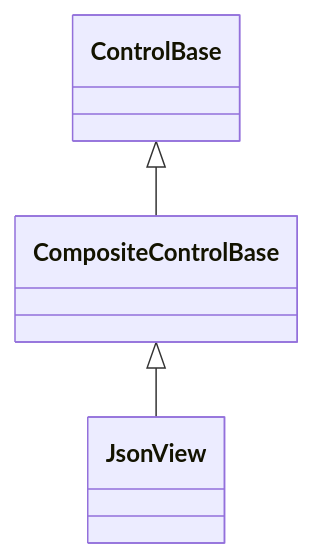
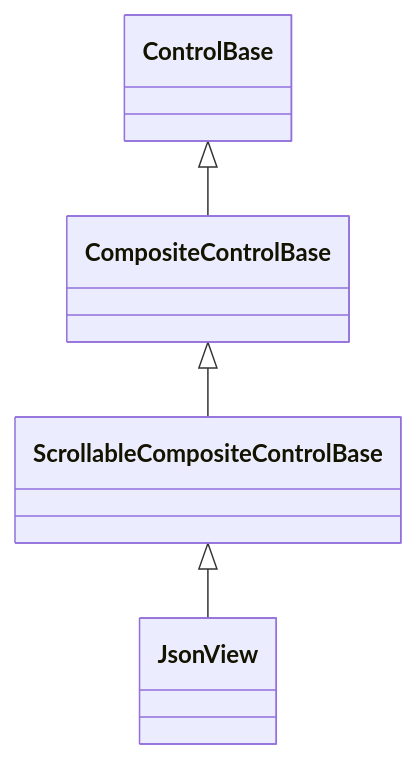
Before and after one commit to pavkam/sharp-vision: the diagram in docs/controls/collections/json-view.md, drawn with Mermaid. The commit also changed other lines of this file and 29 other files, not shown here.

````diff
--- a/docs/controls/collections/json-view.md
+++ b/docs/controls/collections/json-view.md
@@ -30,5 +32,6 @@
 ```mermaid
 classDiagram
     ControlBase <|-- CompositeControlBase
-    CompositeControlBase <|-- JsonView
+    CompositeControlBase <|-- ScrollableCompositeControlBase
+    ScrollableCompositeControlBase <|-- JsonView
 ```
````
